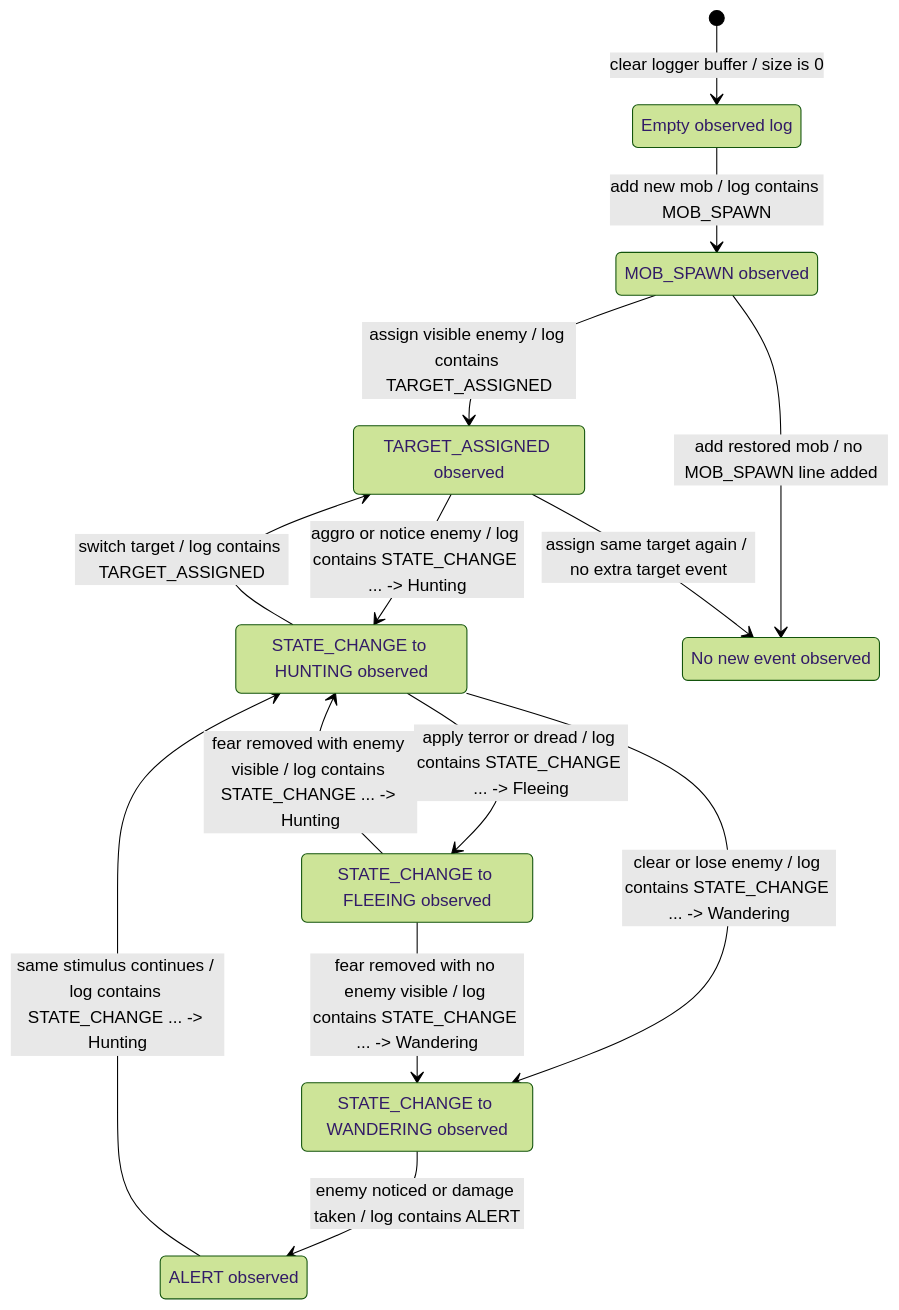
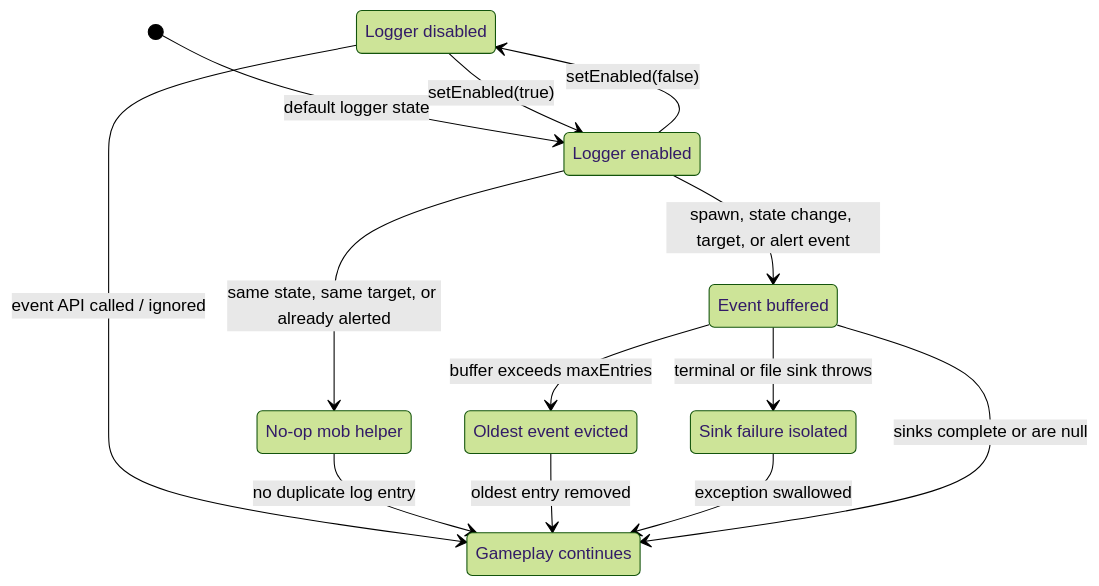
The third of 9 diagrams in FEATURE_COMPLEXITY_AND_TEST_REPORT.md (S-A-M-22/ELEC5618_LAB06_GROUP04_A3), drawn with Mermaid (forest theme) before and after one commit. The commit also changed other lines of this file, not shown here.

````diff
--- a/FEATURE_COMPLEXITY_AND_TEST_REPORT.md
+++ b/FEATURE_COMPLEXITY_AND_TEST_REPORT.md
@@ -107,25 +127,23 @@
 ```mermaid
 stateDiagram-v2
-    state "Empty observed log" as EmptyLog
-    state "MOB_SPAWN observed" as SpawnObserved
-    state "TARGET_ASSIGNED observed" as TargetObserved
-    state "ALERT observed" as AlertObserved
-    state "STATE_CHANGE to HUNTING observed" as HuntingObserved
-    state "STATE_CHANGE to WANDERING observed" as WanderingObserved
-    state "STATE_CHANGE to FLEEING observed" as FleeingObserved
-    state "No new event observed" as NoNewEvent
+    state "Logger disabled" as Disabled
+    state "Logger enabled" as Enabled
+    state "No-op mob helper" as NoOp
+    state "Event buffered" as Buffered
+    state "Oldest event evicted" as Evicted
+    state "Sink failure isolated" as SinkFailure
+    state "Gameplay continues" as Continue
 
-    [*] --> EmptyLog: clear logger buffer / size is 0
-    EmptyLog --> SpawnObserved: add new mob / log contains MOB_SPAWN
-    SpawnObserved --> NoNewEvent: add restored mob / no MOB_SPAWN line added
-    SpawnObserved --> TargetObserved: assign visible enemy / log contains TARGET_ASSIGNED
-    TargetObserved --> HuntingObserved: aggro or notice enemy / log contains STATE_CHANGE ... -> Hunting
-    HuntingObserved --> WanderingObserved: clear or lose enemy / log contains STATE_CHANGE ... -> Wandering
-    HuntingObserved --> FleeingObserved: apply terror or dread / log contains STATE_CHANGE ... -> Fleeing
-    FleeingObserved --> HuntingObserved: fear removed with enemy visible / log contains STATE_CHANGE ... -> Hunting
-    FleeingObserved --> WanderingObserved: fear removed with no enemy visible / log contains STATE_CHANGE ... -> Wandering
-    WanderingObserved --> AlertObserved: enemy noticed or damage taken / log contains ALERT
-    AlertObserved --> HuntingObserved: same stimulus continues / log contains STATE_CHANGE ... -> Hunting
-    HuntingObserved --> TargetObserved: switch target / log contains TARGET_ASSIGNED
-    TargetObserved --> NoNewEvent: assign same target again / no extra target event
+    [*] --> Enabled: default logger state
+    Enabled --> Disabled: setEnabled(false)
+    Disabled --> Enabled: setEnabled(true)
+    Disabled --> Continue: event API called / ignored
+    Enabled --> NoOp: same state, same target, or already alerted
+    NoOp --> Continue: no duplicate log entry
+    Enabled --> Buffered: spawn, state change, target, or alert event
+    Buffered --> Evicted: buffer exceeds maxEntries
+    Evicted --> Continue: oldest entry removed
+    Buffered --> SinkFailure: terminal or file sink throws
+    SinkFailure --> Continue: exception swallowed
+    Buffered --> Continue: sinks complete or are null
 ```
````
